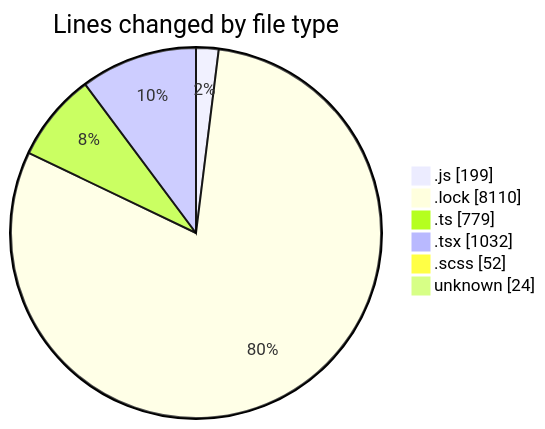
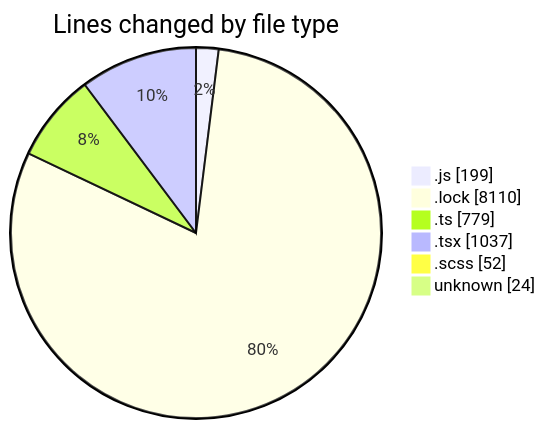
The first of 2 diagrams in 2025-02-07/cda/README.md (momahboobian/code-tracking), drawn with Mermaid before and after one commit. The commit also changed other lines of this file and 1 other file, not shown here.

````diff
--- a/2025-02-07/cda/README.md
+++ b/2025-02-07/cda/README.md
@@ -57,10 +57,10 @@
 ```mermaid
 pie showData
 title Lines changed by file type
 ".js" : 199
 ".lock" : 8110
 ".ts" : 779
-".tsx" : 1032
+".tsx" : 1037
 ".scss" : 52
 "unknown" : 24
 ```
````
